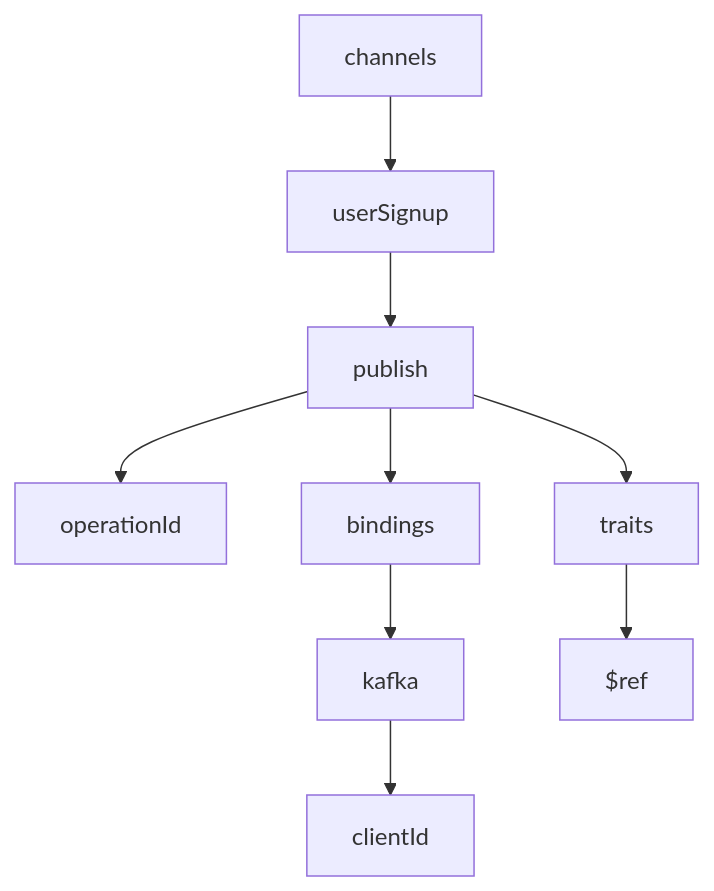
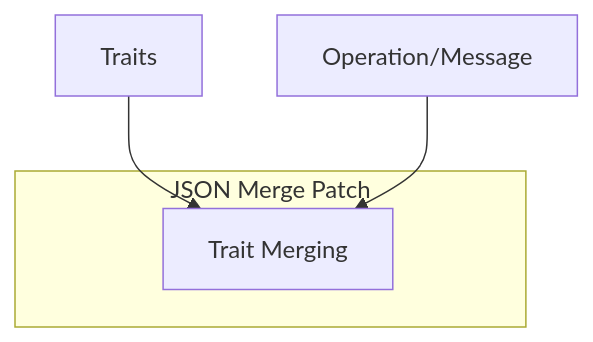
One commit to asyncapi/website changed the fourth of 4 diagrams in pages/docs/concepts/asyncapi-document/reusing-traits.md. Above: the diagram before and after it, drawn with Mermaid. The commit also changed other lines of this file, not shown here.

````diff
--- a/pages/docs/concepts/asyncapi-document/reusing-traits.md
+++ b/pages/docs/concepts/asyncapi-document/reusing-traits.md
@@ -126,21 +93,13 @@
 ```mermaid
 graph TD
-  A[channels]
-  B[userSignup]
-  C[publish]
-  D[operationId]
-  E[bindings]
-  F[kafka]
-  G[clientId]
-  H[traits]
-  I[$ref]
-  A --> B
+  A[Traits]
+  B[Operation/Message]
+  C[Trait Merging]
+  
+  subgraph JSON Merge Patch
+    C
+  end
+  
+  A --> C
   B --> C
-  C --> D
-  C --> E
-  E --> F
-  F --> G
-  C --> H
-  H --> I
-
 ```
````
